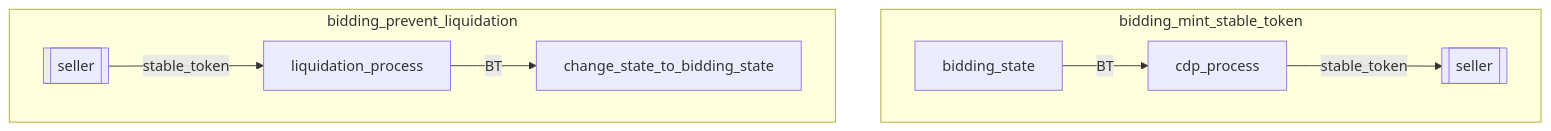
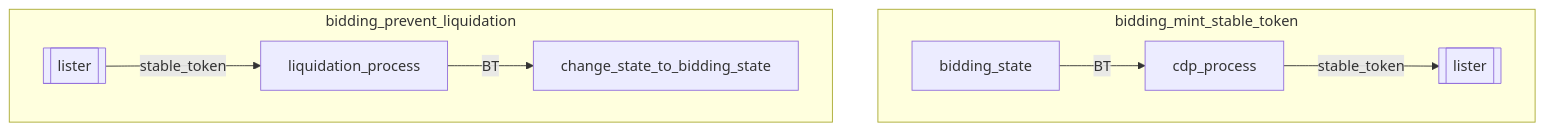
One commit to UnUniFi/chain changed the fourth of 7 diagrams in x/nftmarket/spec/03_auction_state.md. Above: the diagram before and after it, drawn with Mermaid. The commit also changed other lines of this file and 7 other files, not shown here.

````diff
--- a/x/nftmarket/spec/03_auction_state.md
+++ b/x/nftmarket/spec/03_auction_state.md
@@ -115,16 +115,16 @@
 ```mermaid
 flowchart TD
 subgraph bidding_mint_stable_token
-	seller[[seller]]
+	lister[[lister]]
 
 	bidding_state --BT--> cdp_process
-	cdp_process--stable_token--> seller
+	cdp_process--stable_token--> lister
 end
 
 subgraph bidding_prevent_liquidation
-	seller2[[seller]]
+	lister2[[lister]]
 
-	seller2 --stable_token--> liquidation_process
+	lister2 --stable_token--> liquidation_process
 	liquidation_process--BT--> change_state_to_bidding_state
 end
 ```
````
